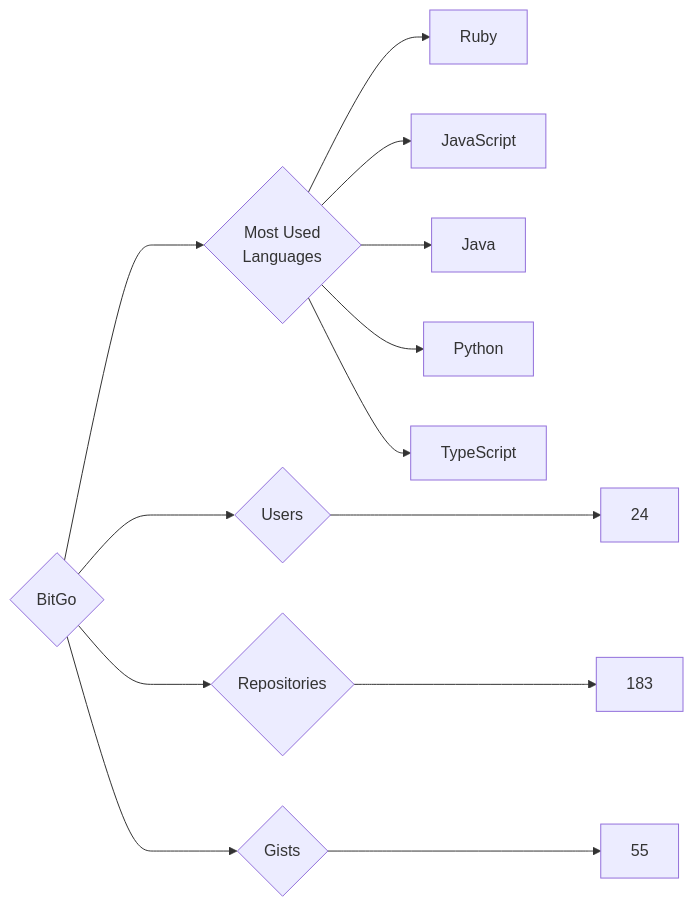
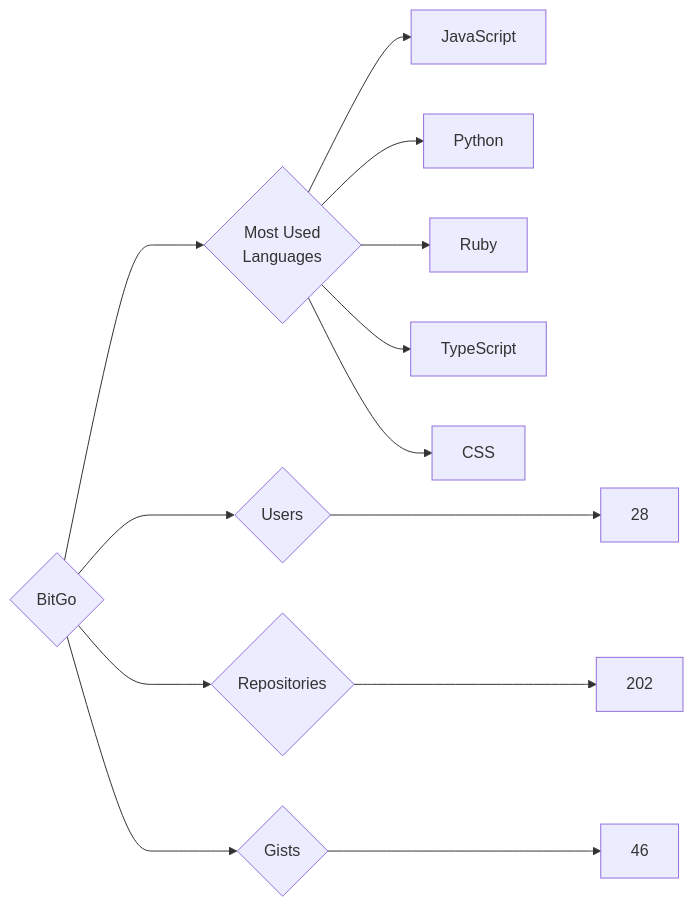
Before and after one commit to trickest/insiders: the diagram in targets/BitGo/README.md, drawn with Mermaid. The commit also changed 930 other files, not shown here.

````diff
--- a/targets/BitGo/README.md
+++ b/targets/BitGo/README.md
@@ -3,13 +3,13 @@
 ```mermaid
 graph LR
 COMPANY_NAME{BitGo}
-COMPANY_NAME ---> U{Users} ---> UN[24]
-COMPANY_NAME ---> R{Repositories} ---> RN[183]
-COMPANY_NAME ---> G{Gists} ---> GN[55]
+COMPANY_NAME ---> U{Users} ---> UN[28]
+COMPANY_NAME ---> R{Repositories} ---> RN[202]
+COMPANY_NAME ---> G{Gists} ---> GN[46]
 COMPANY_NAME ---> ML{Most Used<br>Languages}
+ML --> JavaScript[JavaScript]
+ML --> Python[Python]
 ML --> Ruby[Ruby]
-ML --> JavaScript[JavaScript]
-ML --> Java[Java]
-ML --> Python[Python]
 ML --> TypeScript[TypeScript]
+ML --> CSS[CSS]
 ```
````
